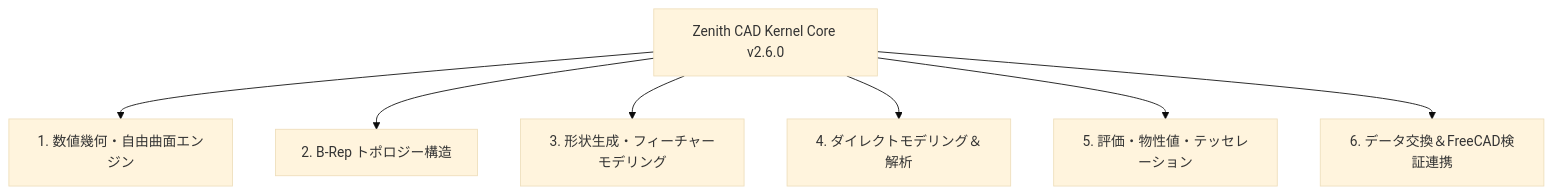
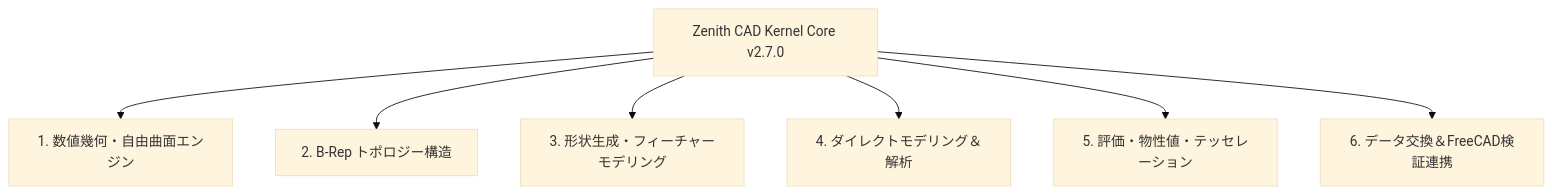
The first of 2 diagrams in KERNEL_SPECS.md (hinatahugu29/zenith-cad-kernel), drawn with Mermaid (base theme) before and after one commit. The commit also changed other lines of this file and 3 other files, not shown here.

````diff
--- a/KERNEL_SPECS.md
+++ b/KERNEL_SPECS.md
@@ -28,9 +28,9 @@
 ```mermaid
 graph TD
-    A[Zenith CAD Kernel Core v2.6.0] --> B[1. 数値幾何・自由曲面エンジン]
+    A[Zenith CAD Kernel Core v2.7.0] --> B[1. 数値幾何・自由曲面エンジン]
     A --> C[2. B-Rep トポロジー構造]
     A --> D[3. 形状生成・フィーチャーモデリング]
     A --> E[4. ダイレクトモデリング＆解析]
     A --> F[5. 評価・物性値・テッセレーション]
     A --> G[6. データ交換＆FreeCAD検証連携]
 ```
````
